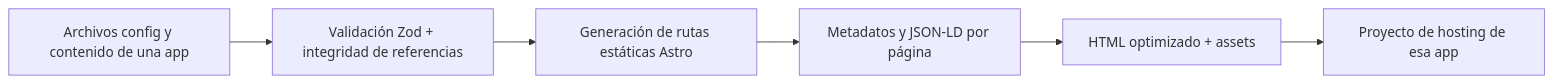
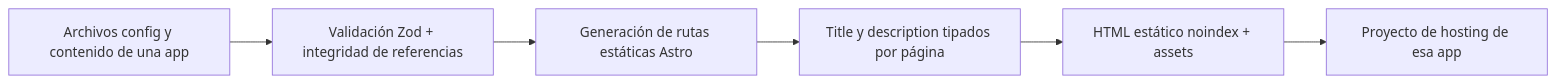
The fourth of 5 diagrams in docs/02-architecture.md (Gonzalo-Linares/Littzite), drawn with Mermaid before and after one commit. The commit also changed other lines of this file and 17 other files, not shown here.

````diff
--- a/docs/02-architecture.md
+++ b/docs/02-architecture.md
@@ -113,8 +111,8 @@
 ```mermaid
 flowchart LR
   A[Archivos config y contenido de una app] --> V[Validación Zod + integridad de referencias]
   V --> P[Generación de rutas estáticas Astro]
-  P --> SEO[Metadatos y JSON-LD por página]
-  SEO --> HTML[HTML optimizado + assets]
+  P --> HEAD[Title y description tipados por página]
+  HEAD --> HTML[HTML estático noindex + assets]
   HTML --> CDN[Proyecto de hosting de esa app]
 ```
````
